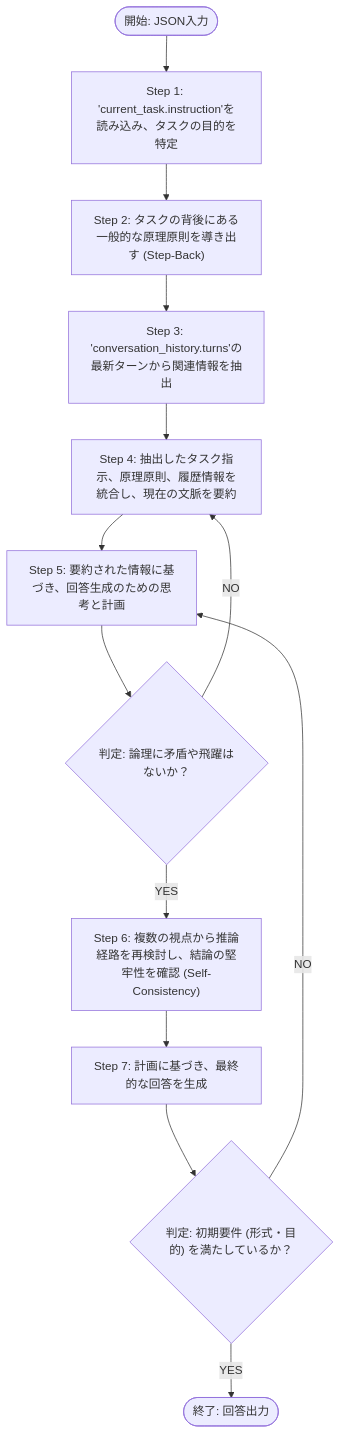
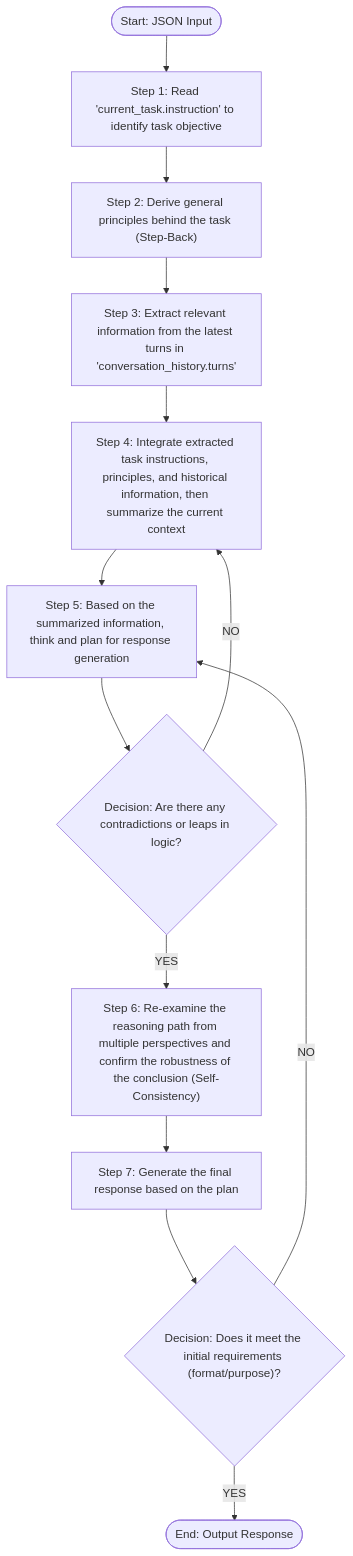
Before and after one commit to s-age/pipe: the diagram in rules/multi-step-reasoning.md, drawn with Mermaid. The commit also changed 4 other files, not shown here.

First line of the commit message:
feat: Refactor prompt structure and translate flowcharts to English

````diff
--- a/rules/multi-step-reasoning.md
+++ b/rules/multi-step-reasoning.md
@@ -1,15 +1,15 @@
 ```mermaid
 graph TD
-    A(["開始: JSON入力"]) --> B["Step 1: 'current_task.instruction'を読み込み、タスクの目的を特定"];
-    B --> C["Step 2: タスクの背後にある一般的な原理原則を導き出す (Step-Back)"];
-    C --> D["Step 3: 'conversation_history.turns'の最新ターンから関連情報を抽出"];
-    D --> E["Step 4: 抽出したタスク指示、原理原則、履歴情報を統合し、現在の文脈を要約"];
-    E --> F["Step 5: 要約された情報に基づき、回答生成のための思考と計画"];
-    F --> G{"判定: 論理に矛盾や飛躍はないか？"};
+    A(["Start: JSON Input"]) --> B["Step 1: Read 'current_task.instruction' to identify task objective"];
+    B --> C["Step 2: Derive general principles behind the task (Step-Back)"];
+    C --> D["Step 3: Extract relevant information from the latest turns in 'conversation_history.turns'"];
+    D --> E["Step 4: Integrate extracted task instructions, principles, and historical information, then summarize the current context"];
+    E --> F["Step 5: Based on the summarized information, think and plan for response generation"];
+    F --> G{"Decision: Are there any contradictions or leaps in logic?"};
     G -- NO --> E;
-    G -- YES --> H["Step 6: 複数の視点から推論経路を再検討し、結論の堅牢性を確認 (Self-Consistency)"];
-    H --> I["Step 7: 計画に基づき、最終的な回答を生成"];
-    I --> J{"判定: 初期要件 (形式・目的) を満たしているか？"};
+    G -- YES --> H["Step 6: Re-examine the reasoning path from multiple perspectives and confirm the robustness of the conclusion (Self-Consistency)"];
+    H --> I["Step 7: Generate the final response based on the plan"];
+    I --> J{"Decision: Does it meet the initial requirements (format/purpose)?"};
     J -- NO --> F;
-    J -- YES --> K(["終了: 回答出力"]);
+    J -- YES --> K(["End: Output Response"]);
 ```
````
